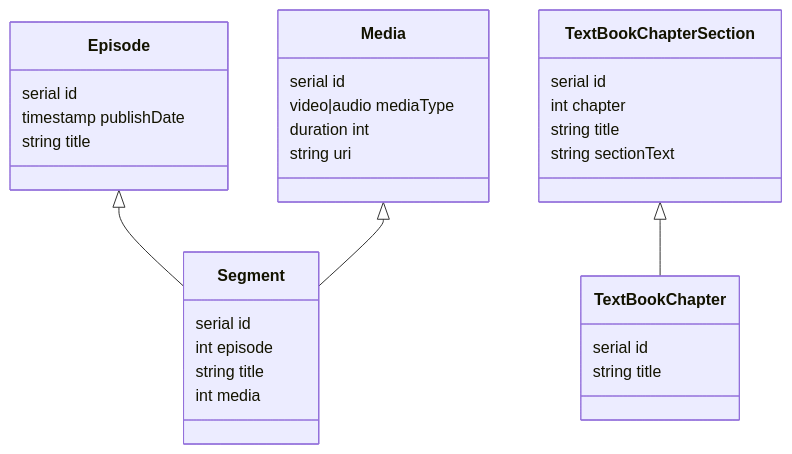
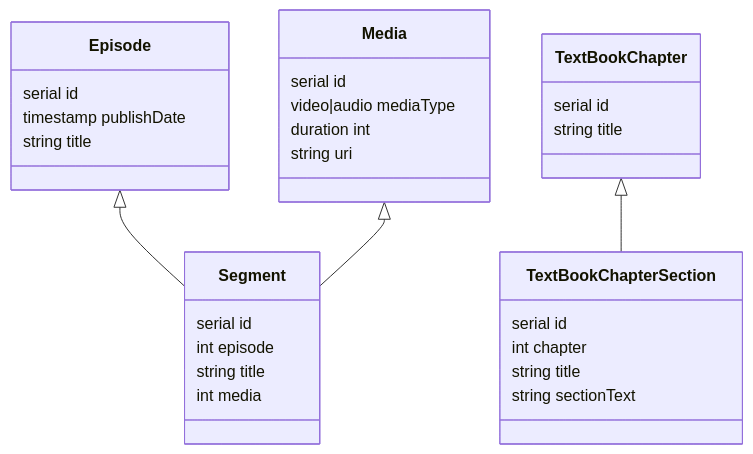
One commit to marjmandi/tech-lead-2023-01-exercise changed the first of 2 diagrams in README.md. Above: the diagram before and after it, drawn with Mermaid.

Commit message:
fix arrow direction

````diff
--- a/README.md
+++ b/README.md
@@ -14,34 +14,34 @@
 ```mermaid
 classDiagram
     Episode <|-- Segment
     Media <|-- Segment
-    TextBookChapterSection <|-- TextBookChapter
+    TextBookChapter <|-- TextBookChapterSection
 
    class Episode{
     serial id
     timestamp publishDate
     string title
    }
    class Segment{
     serial id
     int episode
     string title
     int media
    }
    class Media {
     serial id
     video|audio mediaType
     duration int
     string uri
    }
    class TextBookChapter{
     serial id
     string title
    }
    class TextBookChapterSection{
     serial id
     int chapter
     string title
     string sectionText
    }
 ```
````
